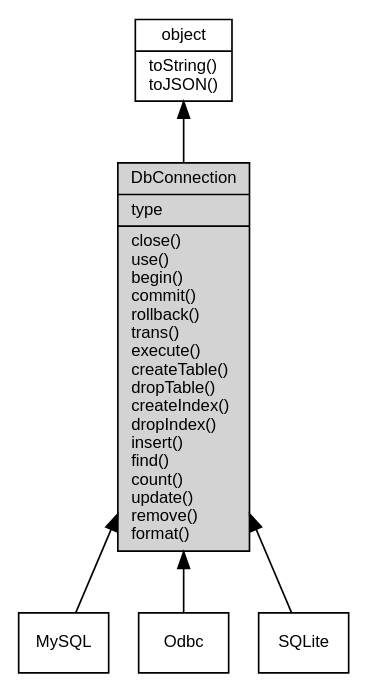
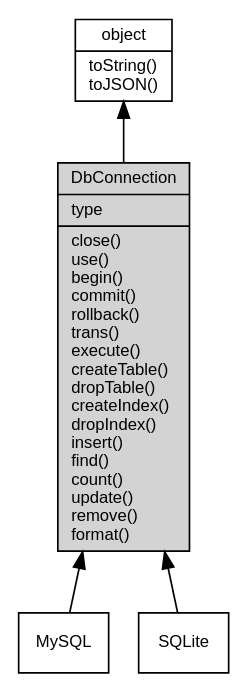
One commit to fibjs/fibjs.org changed the diagram in docs/manual/object/ifs/DbConnection.md. Above: the diagram before and after it, drawn with Graphviz. The commit also changed other lines of this file and 29 other files, not shown here.

````diff
--- a/docs/manual/object/ifs/DbConnection.md
+++ b/docs/manual/object/ifs/DbConnection.md
@@ -13,16 +13,14 @@
 ```dot
 digraph {
     node [fontname="Helvetica,sans-Serif", fontsize=10, shape="record", style="filled", fillcolor="white"];
 
     object [tooltip="object", URL="object.md", label="{object|toString()\ltoJSON()\l}"];
     DbConnection [tooltip="DbConnection", fillcolor="lightgray", id="me", label="{DbConnection|type\l|close()\luse()\lbegin()\lcommit()\lrollback()\ltrans()\lexecute()\lcreateTable()\ldropTable()\lcreateIndex()\ldropIndex()\linsert()\lfind()\lcount()\lupdate()\lremove()\lformat()\l}"];
     MySQL [tooltip="MySQL", URL="MySQL.md", label="{MySQL}"];
-    Odbc [tooltip="Odbc", URL="Odbc.md", label="{Odbc}"];
     SQLite [tooltip="SQLite", URL="SQLite.md", label="{SQLite}"];
 
     object -> DbConnection [dir=back];
     DbConnection -> MySQL [dir=back];
-    DbConnection -> Odbc [dir=back];
     DbConnection -> SQLite [dir=back];
 }
 ```
````
